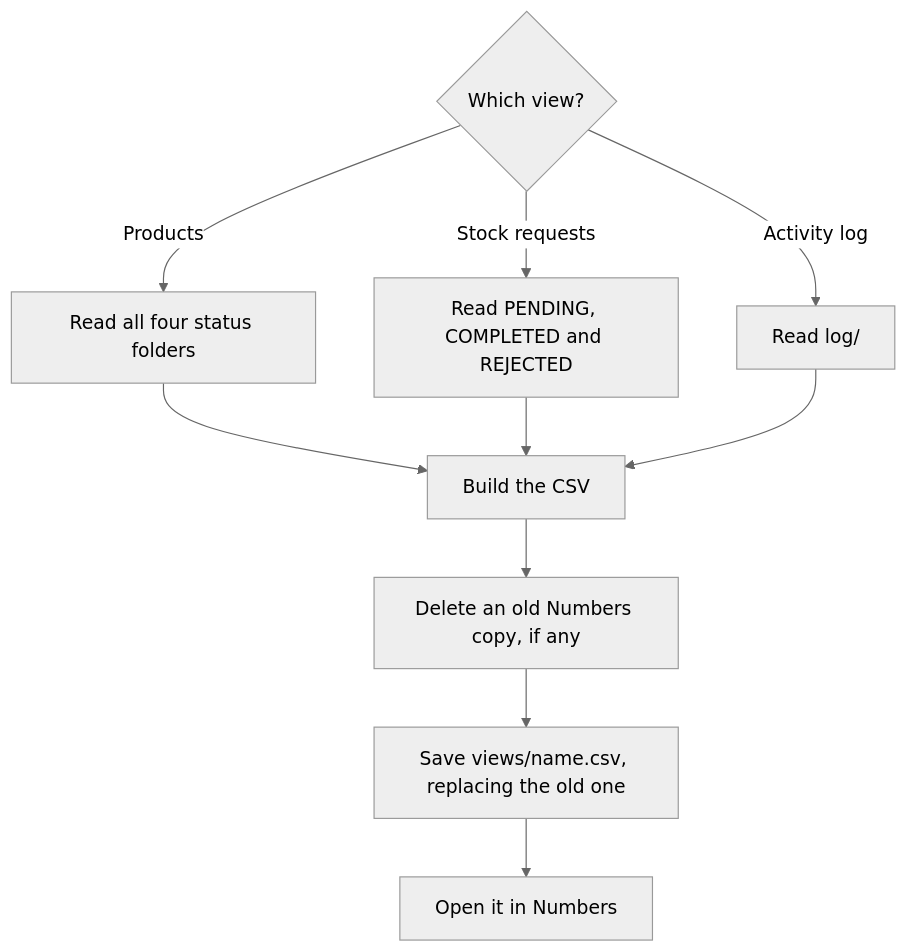
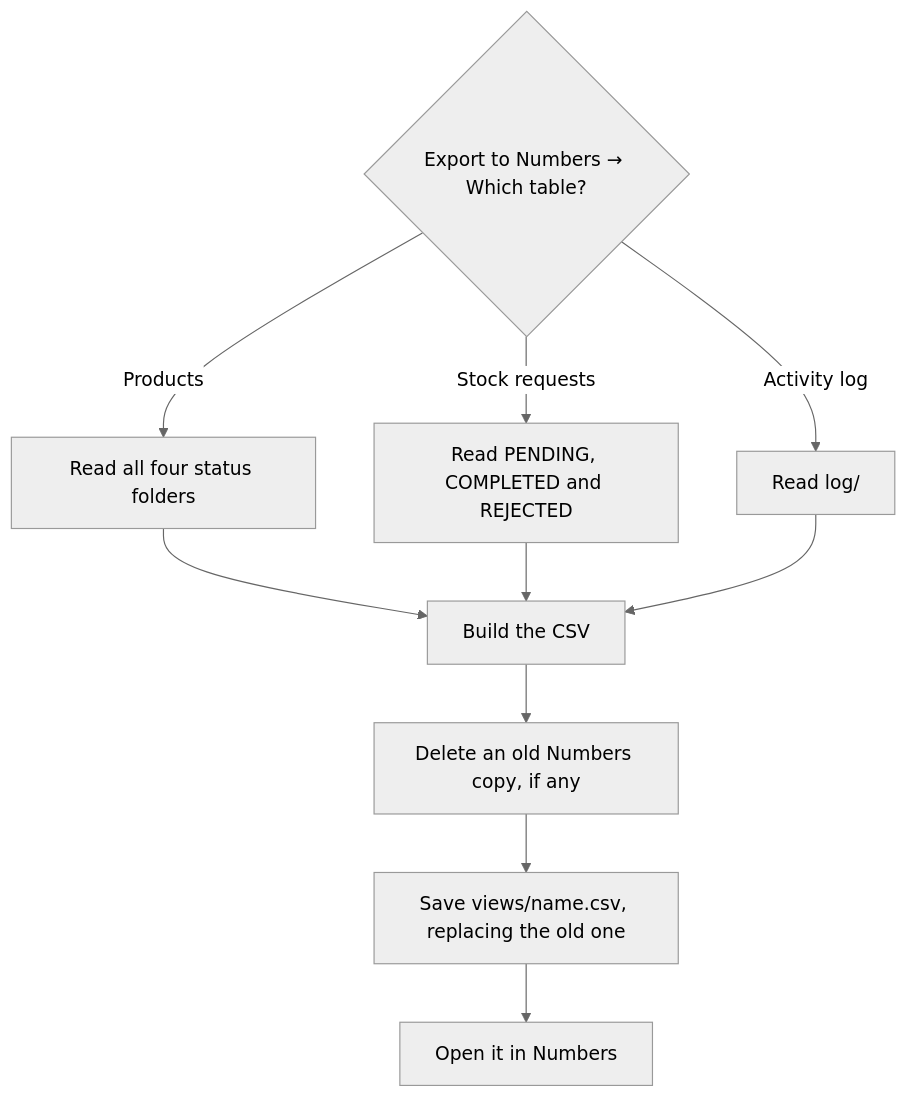
Before and after one commit to sagargupta2001/periwinkle-shopify-theme: the diagram in docs/product-operations/register.md, drawn with Mermaid (neutral theme). The commit also changed other lines of this file and 22 other files, not shown here.

````diff
--- a/docs/product-operations/register.md
+++ b/docs/product-operations/register.md
@@ -11,13 +40,13 @@
 ```mermaid
 flowchart TD
-    A{"Which view?"}
+    A{"Export to Numbers → Which table?"}
     A -->|Products| B["Read all four status folders"]
     A -->|Stock requests| C["Read PENDING, COMPLETED and REJECTED"]
     A -->|Activity log| D["Read log/"]
     B --> E["Build the CSV"]
     C --> E
     D --> E
     E --> F["Delete an old Numbers copy, if any"]
     F --> G["Save views/name.csv, replacing the old one"]
     G --> H[Open it in Numbers]
 ```
````
